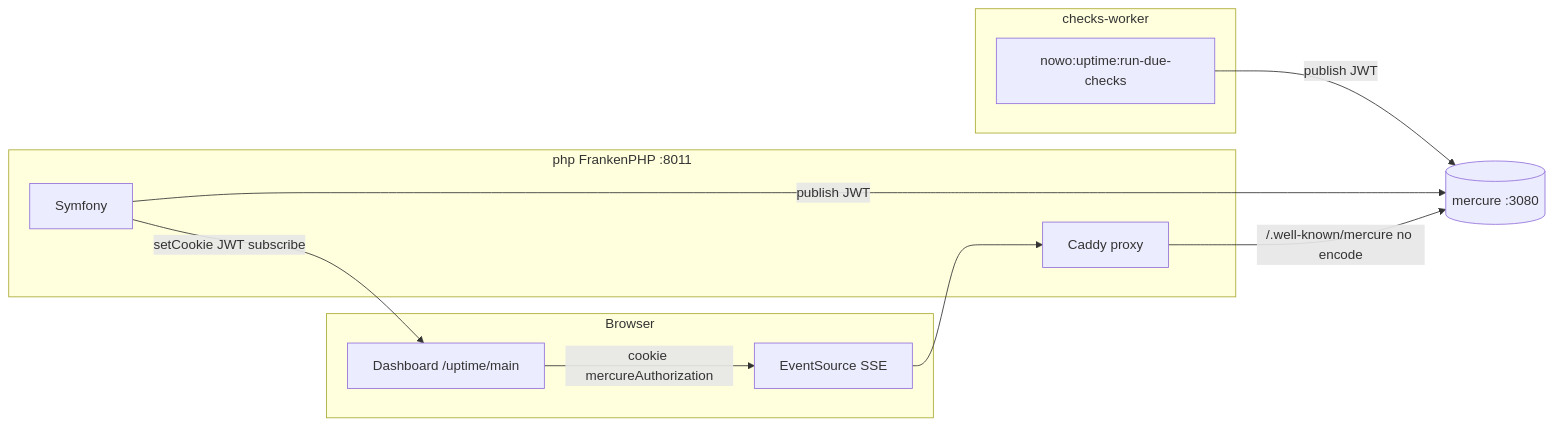
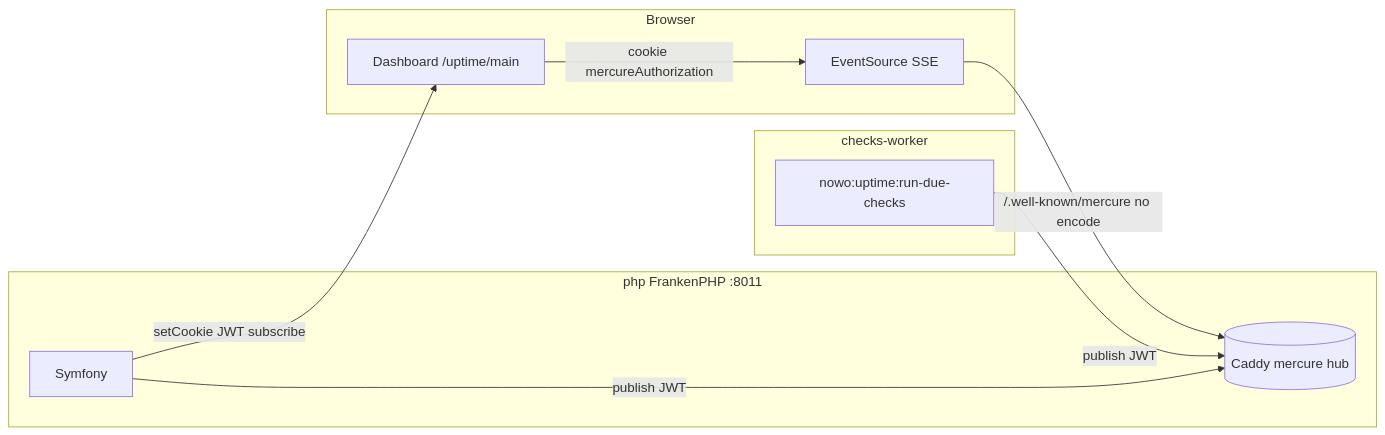
Before and after one commit to nowo-tech/UptimeMonitorBundle: the diagram in demo/MERCURE.md, drawn with Mermaid. The commit also changed other lines of this file and 50 other files, not shown here.

````diff
--- a/demo/MERCURE.md
+++ b/demo/MERCURE.md
@@ -16,22 +17,20 @@
 ```mermaid
 flowchart LR
   subgraph browser [Browser]
     D[Dashboard /uptime/main]
     ES[EventSource SSE]
   end
   subgraph php_container [php FrankenPHP :8011]
-    Caddy[Caddy proxy]
+    Hub[(Caddy mercure hub)]
     SF[Symfony]
   end
   subgraph worker [checks-worker]
     Run[nowo:uptime:run-due-checks]
   end
-  Hub[(mercure :3080)]
 
   D -->|cookie mercureAuthorization| ES
-  ES --> Caddy
-  Caddy -->|/.well-known/mercure no encode| Hub
+  ES -->|/.well-known/mercure no encode| Hub
   SF -->|setCookie JWT subscribe| D
   Run -->|publish JWT| Hub
   SF -->|publish JWT| Hub
 ```
````
